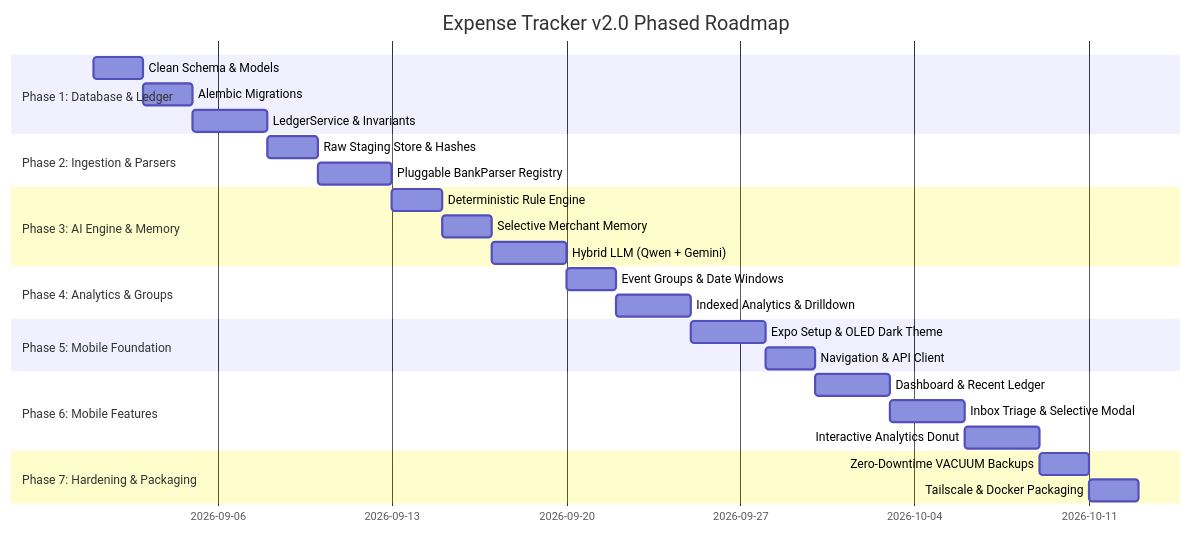
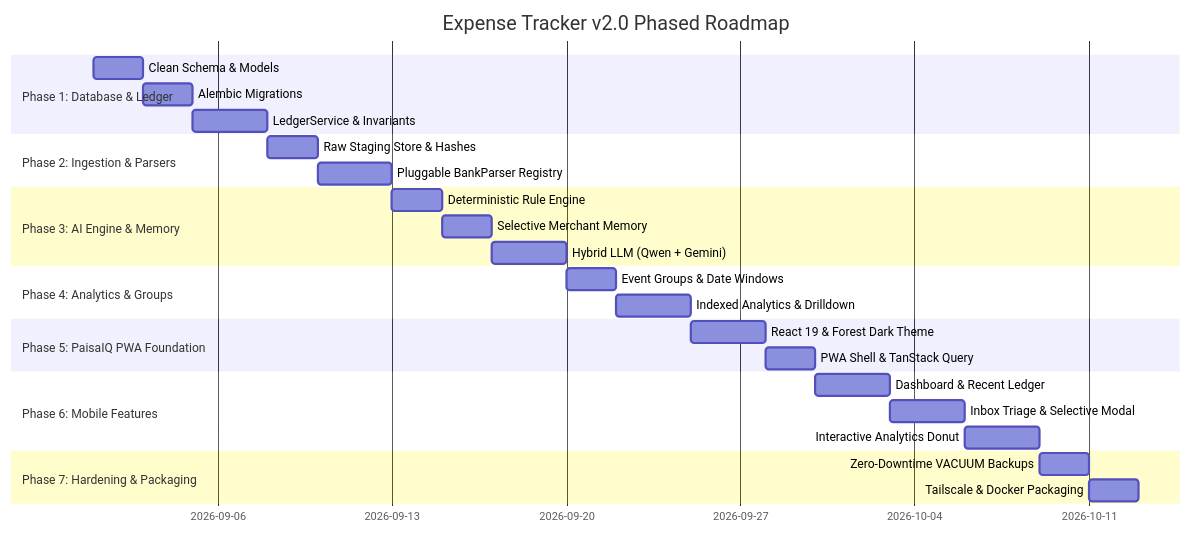
The diagram in docs/ROADMAP_AND_MILESTONES.md (akkolluru/Expense-Tracker), drawn with Mermaid before and after one commit. The commit also changed 6 other files, not shown here.

Commit message:
docs(spec): align data model, API contracts, and PWA specs with Phase 1 decisions

````diff
--- a/docs/ROADMAP_AND_MILESTONES.md
+++ b/docs/ROADMAP_AND_MILESTONES.md
@@ -10,29 +10,29 @@
 ```mermaid
 gantt
     title Expense Tracker v2.0 Phased Roadmap
     dateFormat  YYYY-MM-DD
     section Phase 1: Database & Ledger
     Clean Schema & Models          :p1_1, 2026-09-01, 2d
     Alembic Migrations             :p1_2, after p1_1, 2d
     LedgerService & Invariants     :p1_3, after p1_2, 3d
     section Phase 2: Ingestion & Parsers
     Raw Staging Store & Hashes     :p2_1, after p1_3, 2d
     Pluggable BankParser Registry  :p2_2, after p2_1, 3d
     section Phase 3: AI Engine & Memory
     Deterministic Rule Engine      :p3_1, after p2_2, 2d
     Selective Merchant Memory      :p3_2, after p3_1, 2d
     Hybrid LLM (Qwen + Gemini)     :p3_3, after p3_2, 3d
     section Phase 4: Analytics & Groups
     Event Groups & Date Windows    :p4_1, after p3_3, 2d
     Indexed Analytics & Drilldown  :p4_2, after p4_1, 3d
-    section Phase 5: Mobile Foundation
-    Expo Setup & OLED Dark Theme   :p5_1, after p4_2, 3d
-    Navigation & API Client        :p5_2, after p5_1, 2d
+    section Phase 5: PaisaIQ PWA Foundation
+    React 19 & Forest Dark Theme   :p5_1, after p4_2, 3d
+    PWA Shell & TanStack Query     :p5_2, after p5_1, 2d
     section Phase 6: Mobile Features
     Dashboard & Recent Ledger      :p6_1, after p5_2, 3d
     Inbox Triage & Selective Modal :p6_2, after p6_1, 3d
     Interactive Analytics Donut    :p6_3, after p6_2, 3d
     section Phase 7: Hardening & Packaging
     Zero-Downtime VACUUM Backups   :p7_1, after p6_3, 2d
     Tailscale & Docker Packaging   :p7_2, after p7_1, 2d
 ```
````
